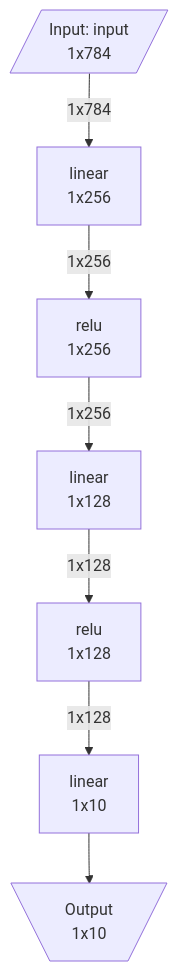
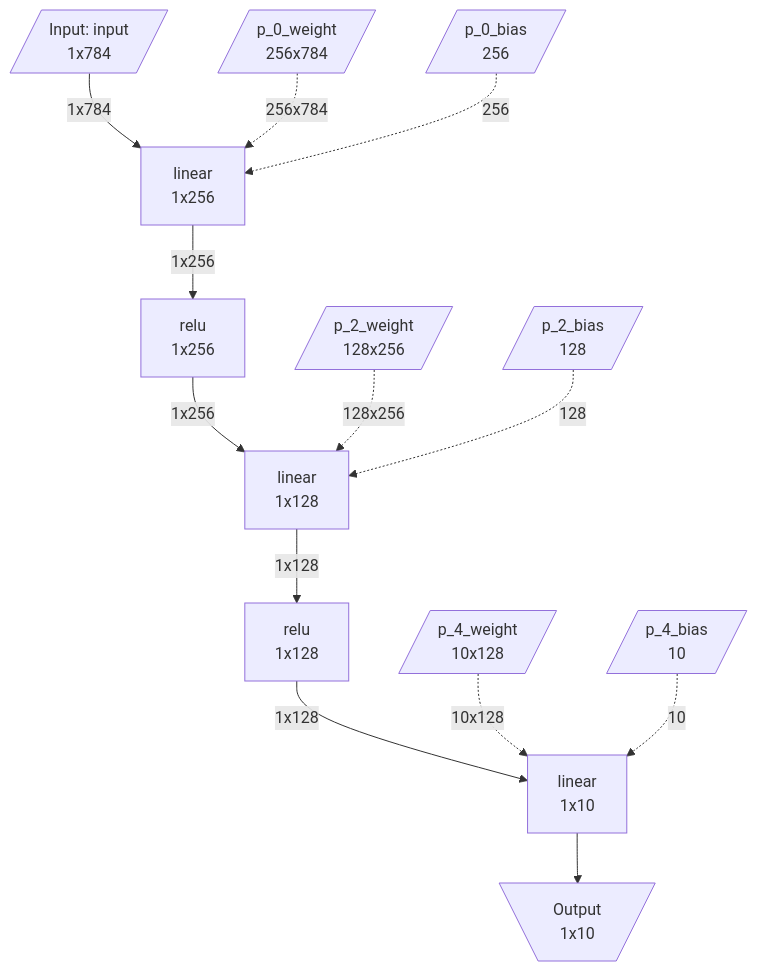
Before and after one commit to sweetcocoa/pytorch-ir: the first of 3 diagrams in docs/cli.ko.md, drawn with Mermaid. The commit also changed other lines of this file and 10 other files, not shown here.

First line of the commit message:
Add include_weights option to ir_to_mermaid and update docs

````diff
--- a/docs/cli.ko.md
+++ b/docs/cli.ko.md
@@ -127,16 +128,28 @@
     ```mermaid
     flowchart TD
         input_input[/"Input: input<br/>1x784"/]
         op_linear["linear<br/>1x256"]
         input_input -->|"1x784"| op_linear
+        w_p_0_weight[/"p_0_weight<br/>256x784"/]
+        w_p_0_weight -.->|"256x784"| op_linear
+        w_p_0_bias[/"p_0_bias<br/>256"/]
+        w_p_0_bias -.->|"256"| op_linear
         op_relu["relu<br/>1x256"]
         op_linear -->|"1x256"| op_relu
         op_linear_1["linear<br/>1x128"]
         op_relu -->|"1x256"| op_linear_1
+        w_p_2_weight[/"p_2_weight<br/>128x256"/]
+        w_p_2_weight -.->|"128x256"| op_linear_1
+        w_p_2_bias[/"p_2_bias<br/>128"/]
+        w_p_2_bias -.->|"128"| op_linear_1
         op_relu_1["relu<br/>1x128"]
         op_linear_1 -->|"1x128"| op_relu_1
         op_linear_2["linear<br/>1x10"]
         op_relu_1 -->|"1x128"| op_linear_2
+        w_p_4_weight[/"p_4_weight<br/>10x128"/]
+        w_p_4_weight -.->|"10x128"| op_linear_2
+        w_p_4_bias[/"p_4_bias<br/>10"/]
+        w_p_4_bias -.->|"10"| op_linear_2
         output_0[\"Output<br/>1x10"/]
         op_linear_2 --> output_0
     ```
````
